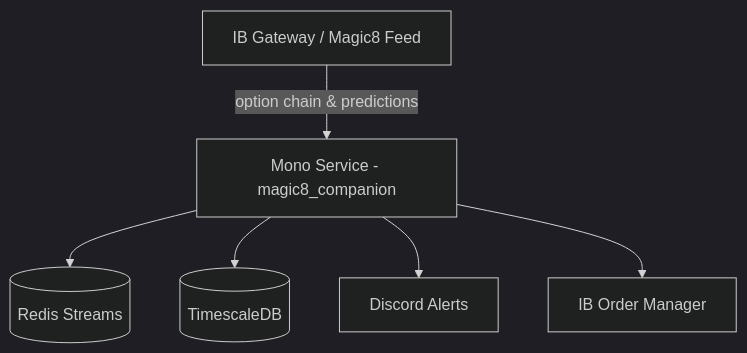
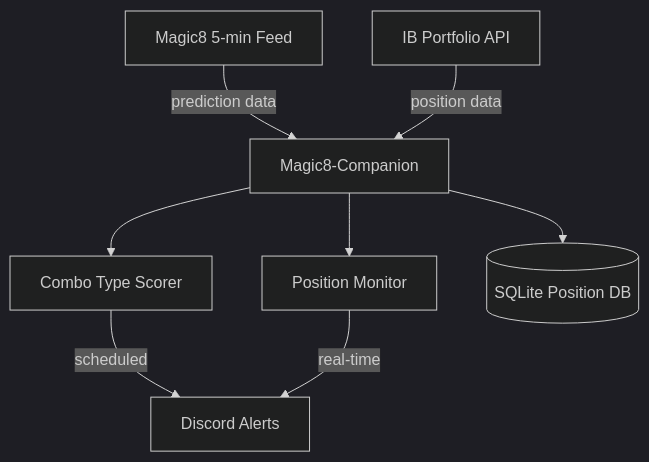
The diagram in docs/Magic8‑Companion Implementation Guide.md (birddograbbit/Magic8-Companion), drawn with Mermaid (dark theme) before and after one commit. The commit also changed other lines of this file, not shown here.

Commit message:
Update Magic8-Companion Implementation Guide with corrected scope

````diff
--- a/docs/Magic8‑Companion Implementation Guide.md
+++ b/docs/Magic8‑Companion Implementation Guide.md
@@ -19,8 +29,10 @@
 ```mermaid
 flowchart TD
-  A[IB Gateway / Magic8 Feed] -->|option chain & predictions| B[Mono Service ‑ magic8_companion]
-  B --> C[(Redis Streams)]
-  B --> D[(TimescaleDB)]
-  B --> E[Discord Alerts]
-  B --> F[IB Order Manager]
+  A[Magic8 5-min Feed] -->|prediction data| B[Magic8‑Companion]
+  C[IB Portfolio API] -->|position data| B
+  B --> D[Combo Type Scorer]
+  B --> E[Position Monitor]
+  D -->|scheduled| F[Discord Alerts]
+  E -->|real-time| F
+  B --> G[(SQLite Position DB)]
 ```
````
